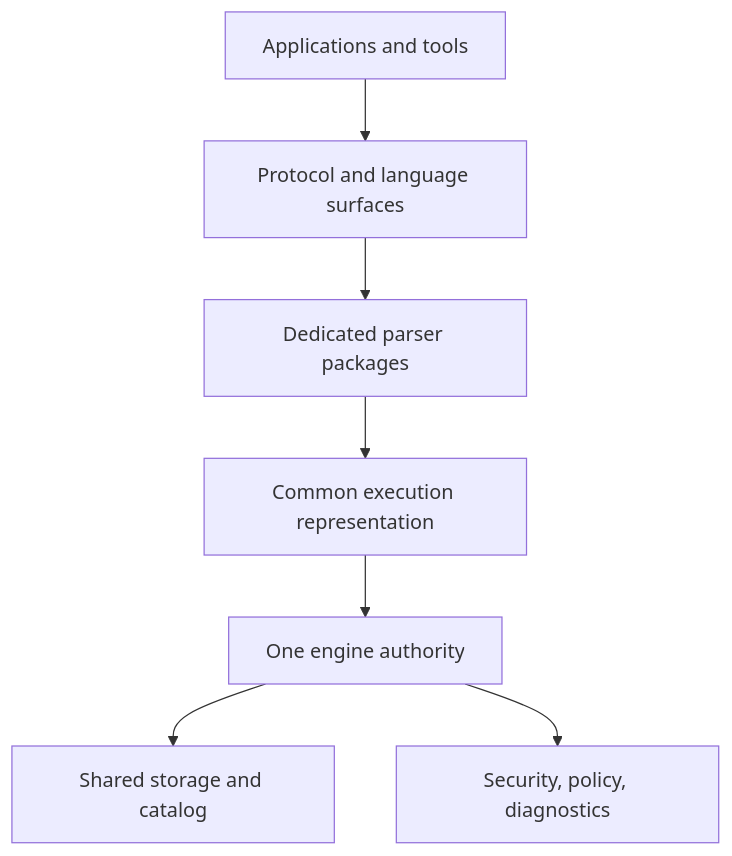
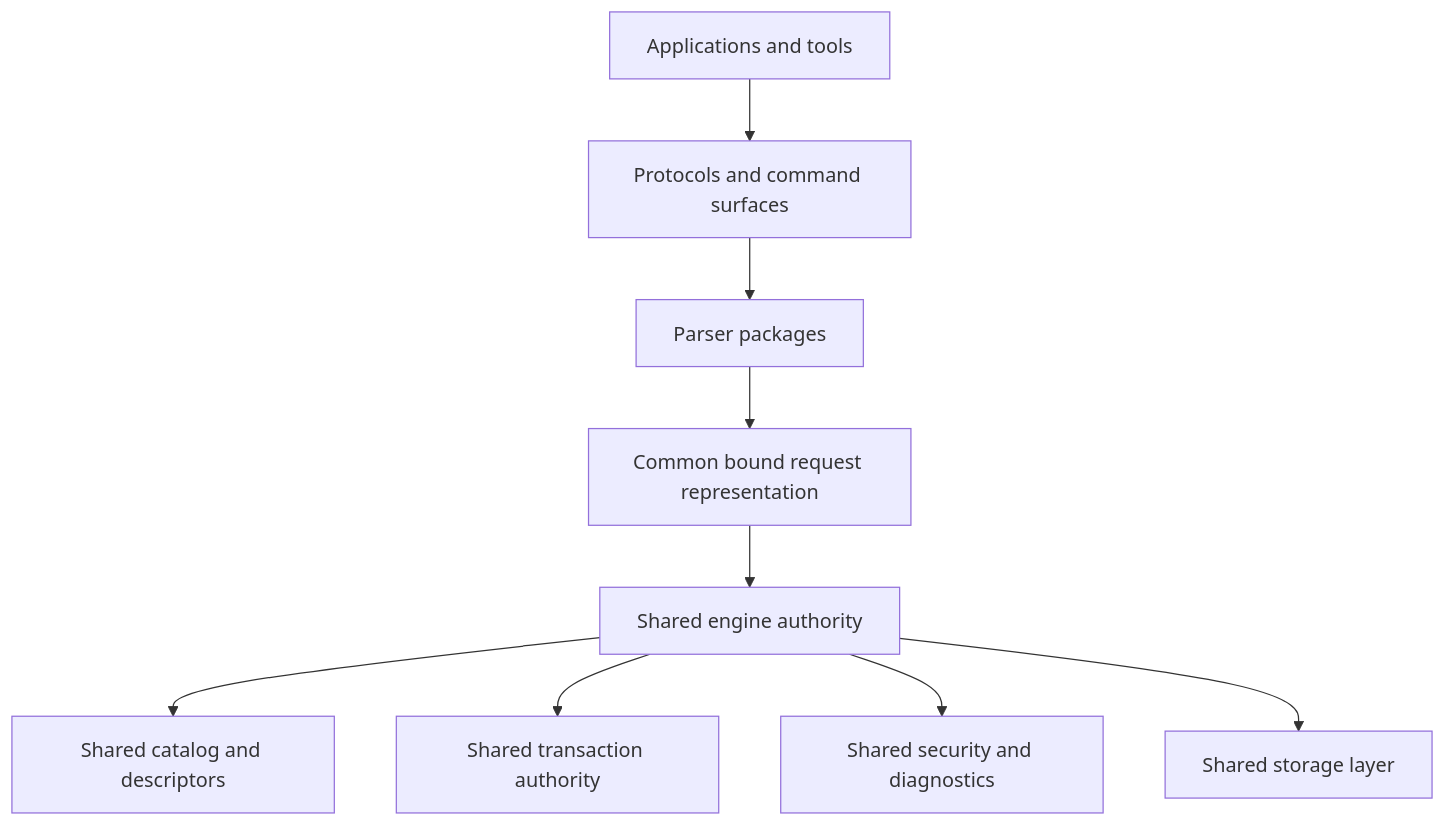
The first of 2 diagrams in docs/documentation/draft/Getting_Started/core_concepts/what_is_a_convergent_data_engine.md (scratchbird-software-inc/ScratchBird), drawn with Mermaid before and after one commit. The commit also changed other lines of this file and 23 other files, not shown here.

````diff
--- a/docs/documentation/draft/Getting_Started/core_concepts/what_is_a_convergent_data_engine.md
+++ b/docs/documentation/draft/Getting_Started/core_concepts/what_is_a_convergent_data_engine.md
@@ -23,17 +38,21 @@
 ```mermaid
 flowchart TB
-    App[Applications and tools]
-    Wires[Protocol and language surfaces]
-    Parsers[Dedicated parser packages]
-    IR[Common execution representation]
-    Engine[One engine authority]
-    Store[Shared storage and catalog]
-    Policy[Security, policy, diagnostics]
+    Apps[Applications and tools]
+    Protocols[Protocols and command surfaces]
+    Parsers[Parser packages]
+    SBLR[Common bound request representation]
+    Engine[Shared engine authority]
+    Catalog[Shared catalog and descriptors]
+    Txn[Shared transaction authority]
+    Security[Shared security and diagnostics]
+    Storage[Shared storage layer]
 
-    App --> Wires
-    Wires --> Parsers
-    Parsers --> IR
-    IR --> Engine
-    Engine --> Store
-    Engine --> Policy
+    Apps --> Protocols
+    Protocols --> Parsers
+    Parsers --> SBLR
+    SBLR --> Engine
+    Engine --> Catalog
+    Engine --> Txn
+    Engine --> Security
+    Engine --> Storage
 ```
````
